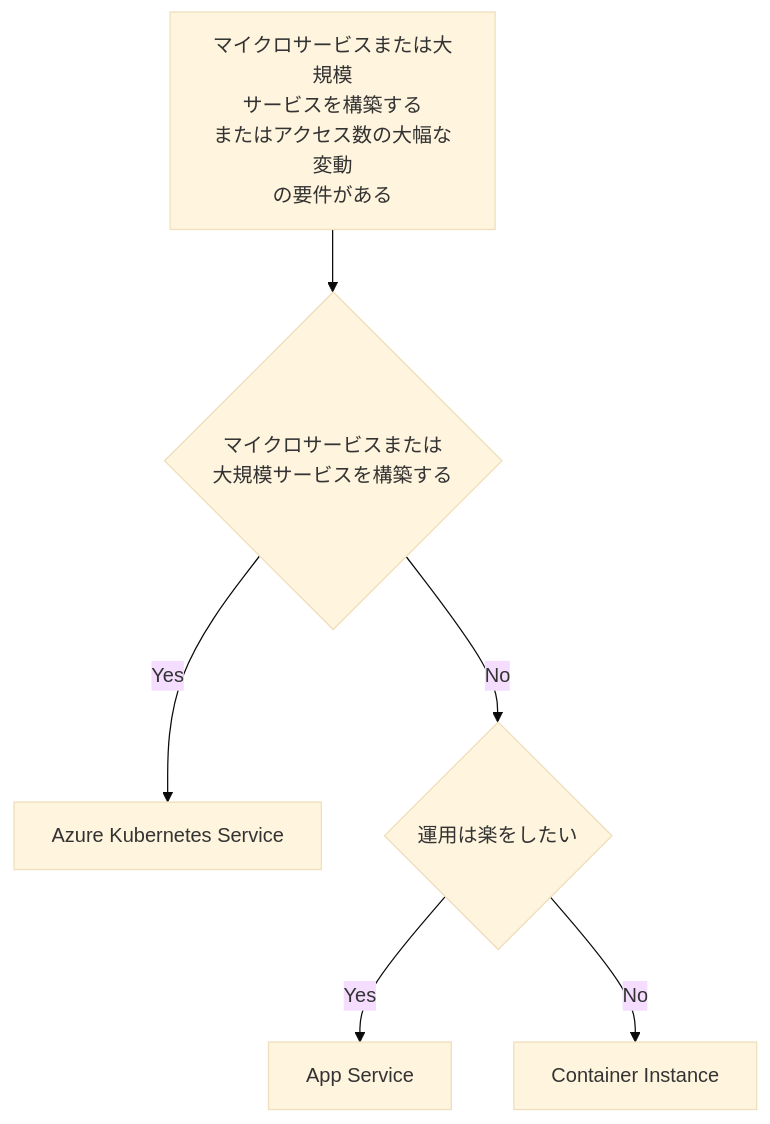
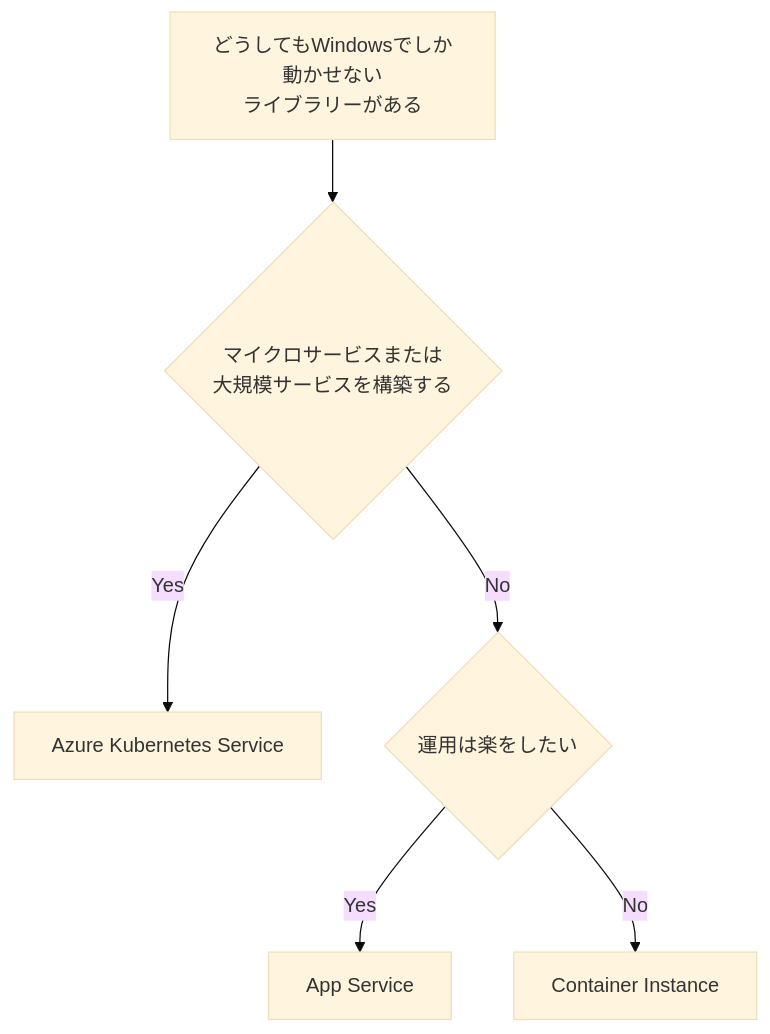
The third of 4 diagrams in articles/b0fc1bacf6a107.md (tomokusaba/zenn), drawn with Mermaid (base theme) before and after one commit. The commit also changed other lines of this file, not shown here.

Commit message:
新規開発に関するフローチャートの表現を改善し、明確化

````diff
--- a/articles/b0fc1bacf6a107.md
+++ b/articles/b0fc1bacf6a107.md
@@ -108,8 +108,8 @@
 ```mermaid
 flowchart TD
-    A[マイクロサービスまたは大規模<br/>サービスを構築する<br/>またはアクセス数の大幅な変動<br/>の要件がある] --> B{マイクロサービスまたは<br/>大規模サービスを構築する}
+    A[どうしてもWindowsでしか動かせない<br/>ライブラリーがある] --> B{マイクロサービスまたは<br/>大規模サービスを構築する}
     B -->|Yes| C[Azure Kubernetes Service]
     B -->|No| D{運用は楽をしたい}
     D -->|Yes| E[App Service]
     D -->|No| F[Container Instance]
 ```
````
